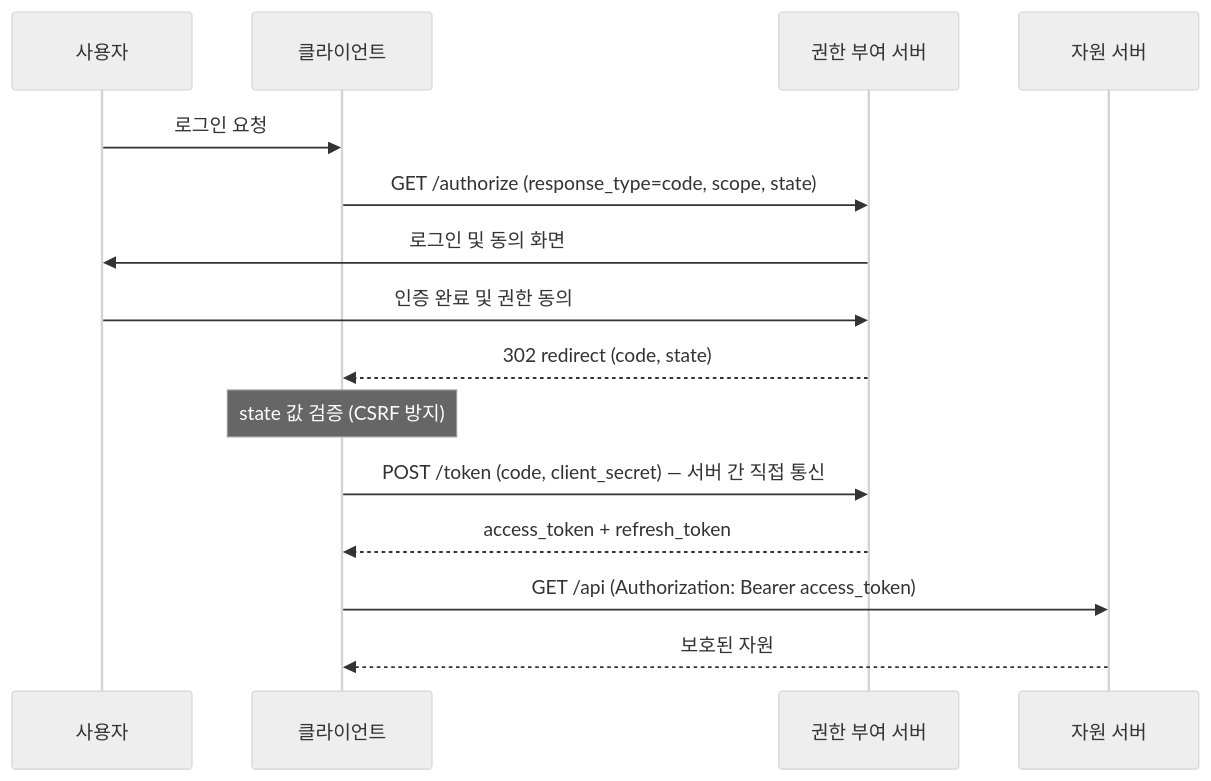
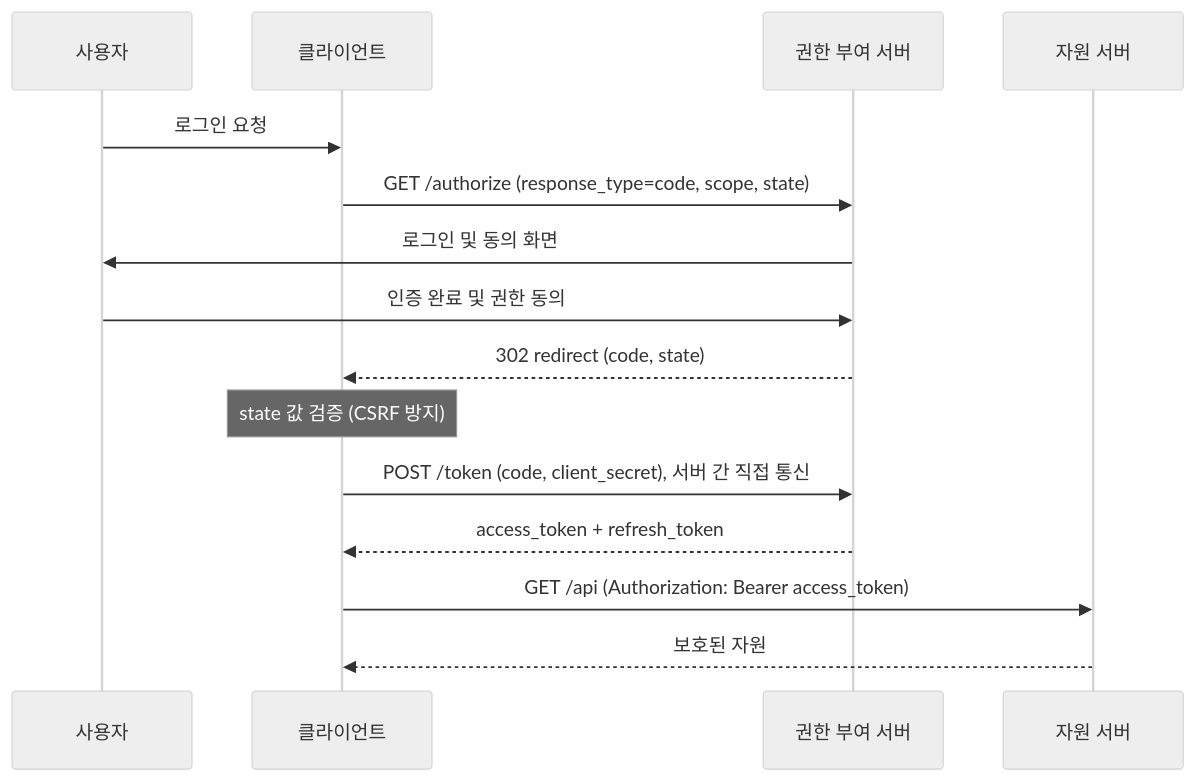
The first of 4 diagrams in public/markdown/security_oauth2/index.md (RHUK2/blog), drawn with Mermaid (neutral theme) before and after one commit. The commit also changed 15 other files, not shown here.

````diff
--- a/public/markdown/security_oauth2/index.md
+++ b/public/markdown/security_oauth2/index.md
@@ -88,18 +88,18 @@
 ```mermaid
 sequenceDiagram
     participant U as 사용자
     participant C as 클라이언트
     participant A as 권한 부여 서버
     participant R as 자원 서버
 
     U->>C: 로그인 요청
     C->>A: GET /authorize (response_type=code, scope, state)
     A->>U: 로그인 및 동의 화면
     U->>A: 인증 완료 및 권한 동의
     A-->>C: 302 redirect (code, state)
     Note over C: state 값 검증 (CSRF 방지)
-    C->>A: POST /token (code, client_secret) — 서버 간 직접 통신
+    C->>A: POST /token (code, client_secret), 서버 간 직접 통신
     A-->>C: access_token + refresh_token
     C->>R: GET /api (Authorization: Bearer access_token)
     R-->>C: 보호된 자원
 ```
````
